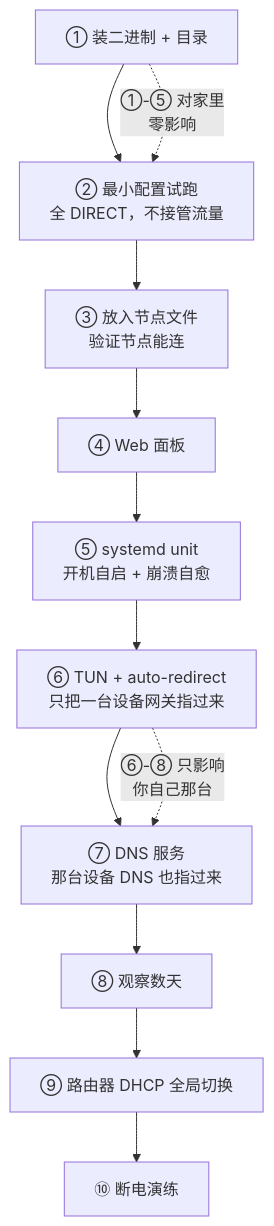
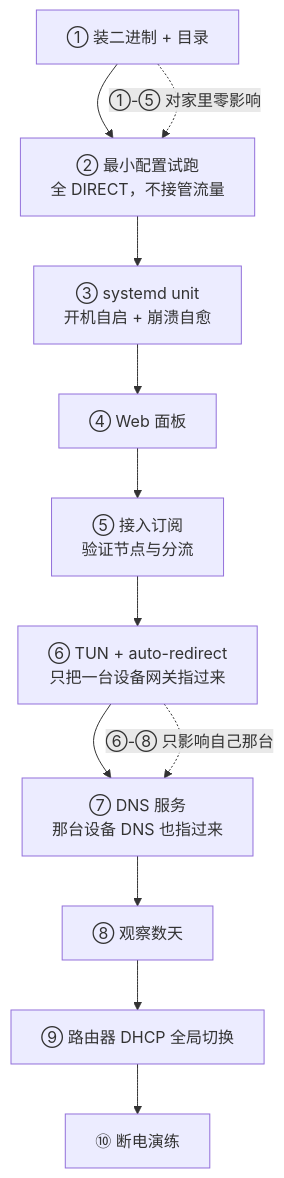
Before and after one commit to Jingk97/homelab: the diagram in 02-gateway/README.md, drawn with Mermaid. The commit also changed other lines of this file and 5 other files, not shown here.

````diff
--- a/02-gateway/README.md
+++ b/02-gateway/README.md
@@ -31,14 +31,14 @@
 ```mermaid
 flowchart TD
     A["① 装二进制 + 目录"] --> B["② 最小配置试跑<br/>全 DIRECT，不接管流量"]
-    B --> C["③ 放入节点文件<br/>验证节点能连"]
+    B --> C["③ systemd unit<br/>开机自启 + 崩溃自愈"]
     C --> D["④ Web 面板"]
-    D --> E["⑤ systemd unit<br/>开机自启 + 崩溃自愈"]
+    D --> E["⑤ 接入订阅<br/>验证节点与分流"]
     E --> F["⑥ TUN + auto-redirect<br/>只把一台设备网关指过来"]
     F --> G["⑦ DNS 服务<br/>那台设备 DNS 也指过来"]
     G --> H["⑧ 观察数天"]
     H --> I["⑨ 路由器 DHCP 全局切换"]
     I --> J["⑩ 断电演练"]
-    A -.->|"①-⑤ 对家里<br/>零影响"| B
-    F -.->|"⑥-⑧ 只影响<br/>你自己那台"| G
+    A -.->|"①-⑤ 对家里零影响"| B
+    F -.->|"⑥-⑧ 只影响自己那台"| G
 ```
````
